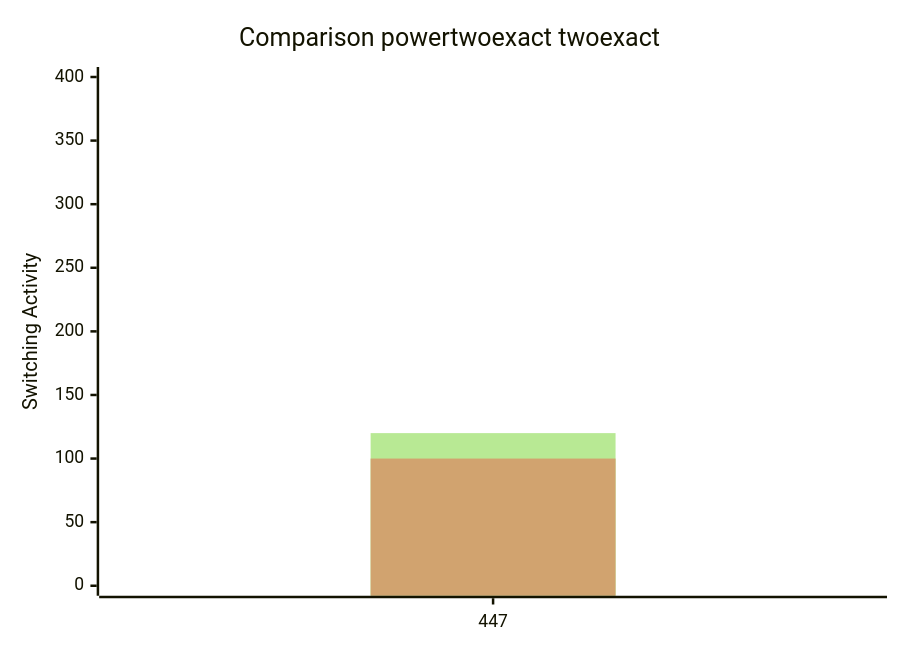
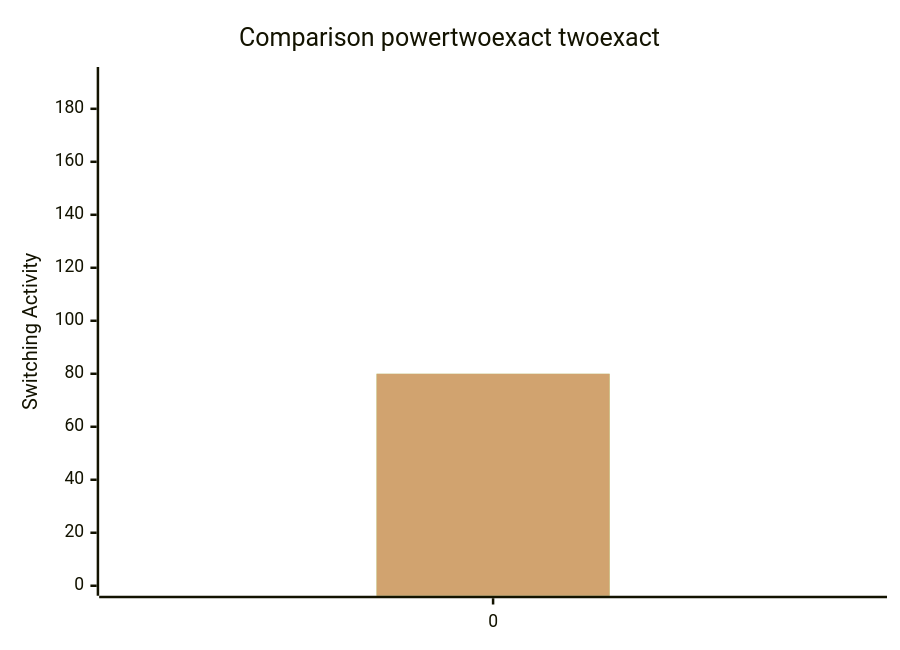
One commit to FeldmeierMichael/Exact-Power-Synthesis changed the diagram in benchmark_opt2.md. Above: the diagram before and after it, drawn with Mermaid. The commit also changed other lines of this file, not shown here.

````diff
--- a/benchmark_opt2.md
+++ b/benchmark_opt2.md
@@ -3,12 +3,12 @@
 ```mermaid
 xychart-beta
     title "Comparison powertwoexact twoexact"
-    x-axis [447]
-    y-axis "Switching Activity" 0-->400
-    line [392]
-    line [400]
-    line [392.0]
-    line [400.0]
-    bar [120]
-    bar [100]
+    x-axis [0]
+    y-axis "Switching Activity" 0-->192
+    line [96]
+    line [192]
+    line [96.0]
+    line [192.0]
+    bar [80]
+    bar [80]
 ```
````
